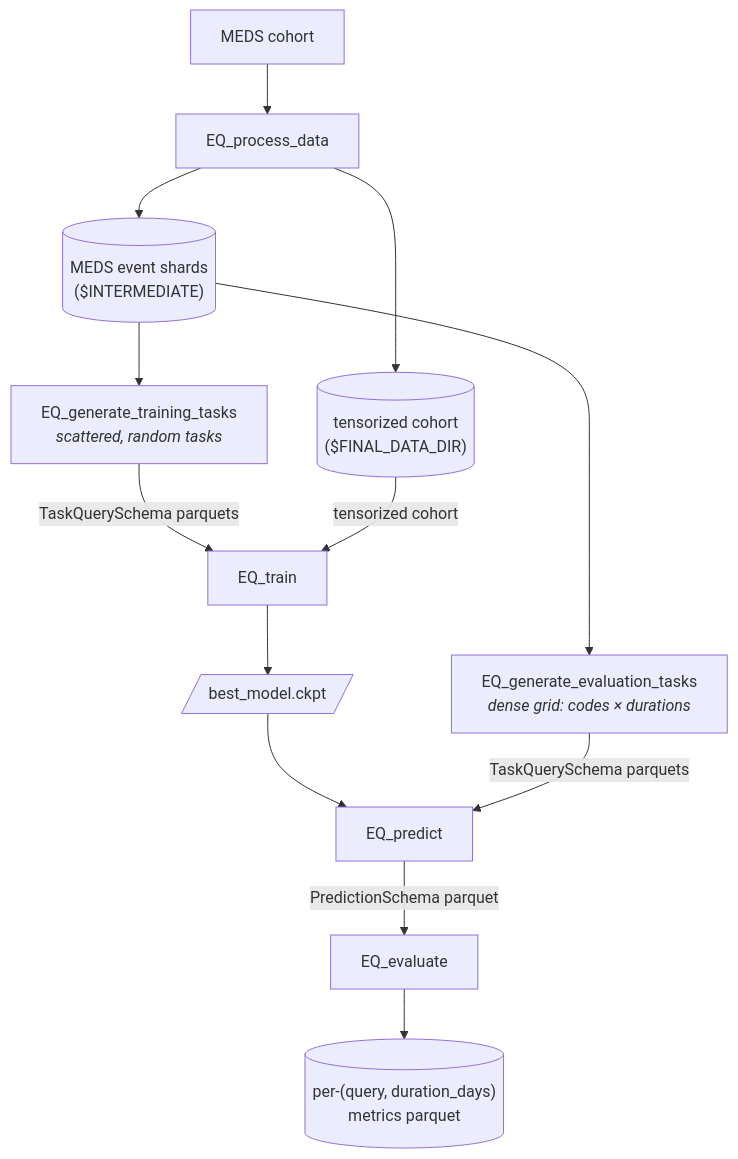
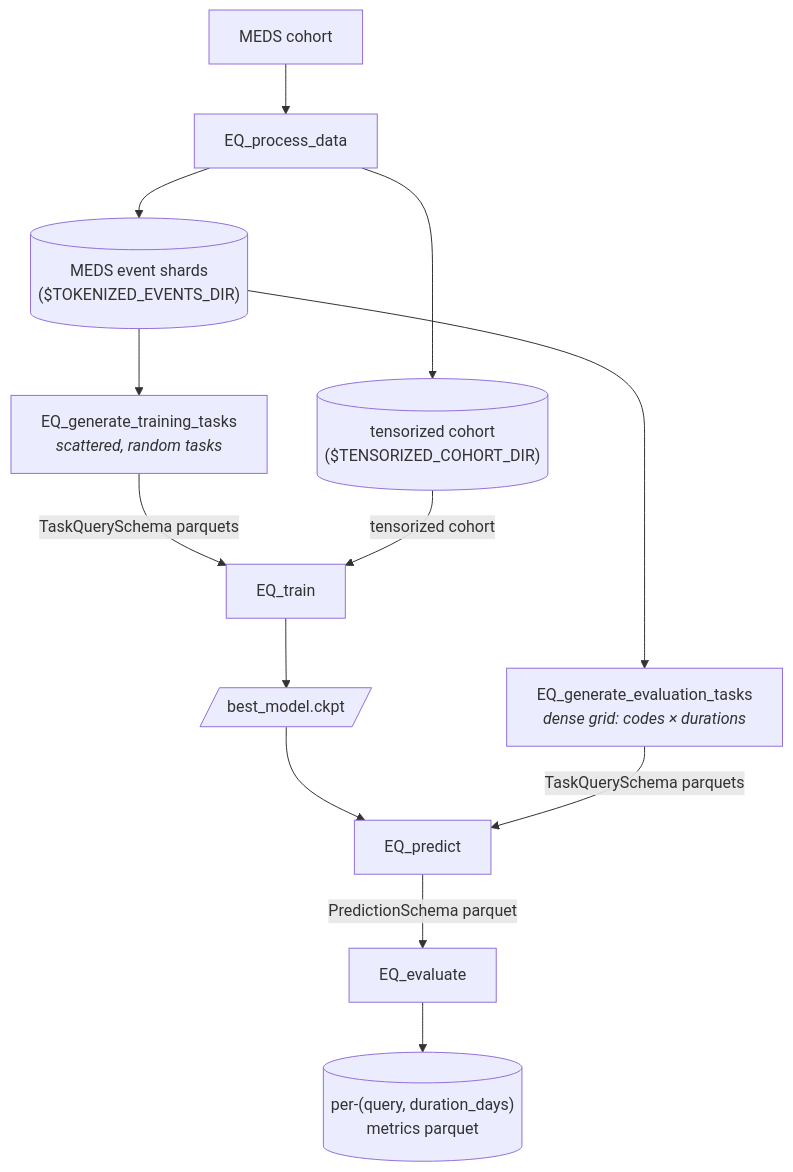
One commit to mmcdermott/EveryQuery-conditional changed the diagram in README.md. Above: the diagram before and after it, drawn with Mermaid. The commit also changed other lines of this file and 16 other files, not shown here.

First line of the commit message:
Rename env vars for clarity; merge PROCESSED/FINAL_DATA_DIR (#247)

````diff
--- a/README.md
+++ b/README.md
@@ -81,19 +81,19 @@
 ```mermaid
 flowchart TD
     meds[MEDS cohort] --> process[EQ_process_data]
-    process --> intermediate[("MEDS event shards<br/>($INTERMEDIATE)")]
-    process --> cohort[("tensorized cohort<br/>($FINAL_DATA_DIR)")]
+    process --> intermediate[("MEDS event shards<br/>($TOKENIZED_EVENTS_DIR)")]
+    process --> cohort[("tensorized cohort<br/>($TENSORIZED_COHORT_DIR)")]
 
     intermediate --> train_tasks[EQ_generate_training_tasks<br/><i>scattered, random tasks</i>]
     intermediate --> eval_tasks[EQ_generate_evaluation_tasks<br/><i>dense grid: codes × durations</i>]
 
     train_tasks -- TaskQuerySchema parquets --> train[EQ_train]
     cohort -- tensorized cohort --> train
     train --> ckpt[/best_model.ckpt/]
 
     ckpt --> predict[EQ_predict]
     eval_tasks -- TaskQuerySchema parquets --> predict
 
     predict -- PredictionSchema parquet --> evaluate[EQ_evaluate]
     evaluate --> metrics[("per-(query, duration_days)<br/>metrics parquet")]
 ```
````
